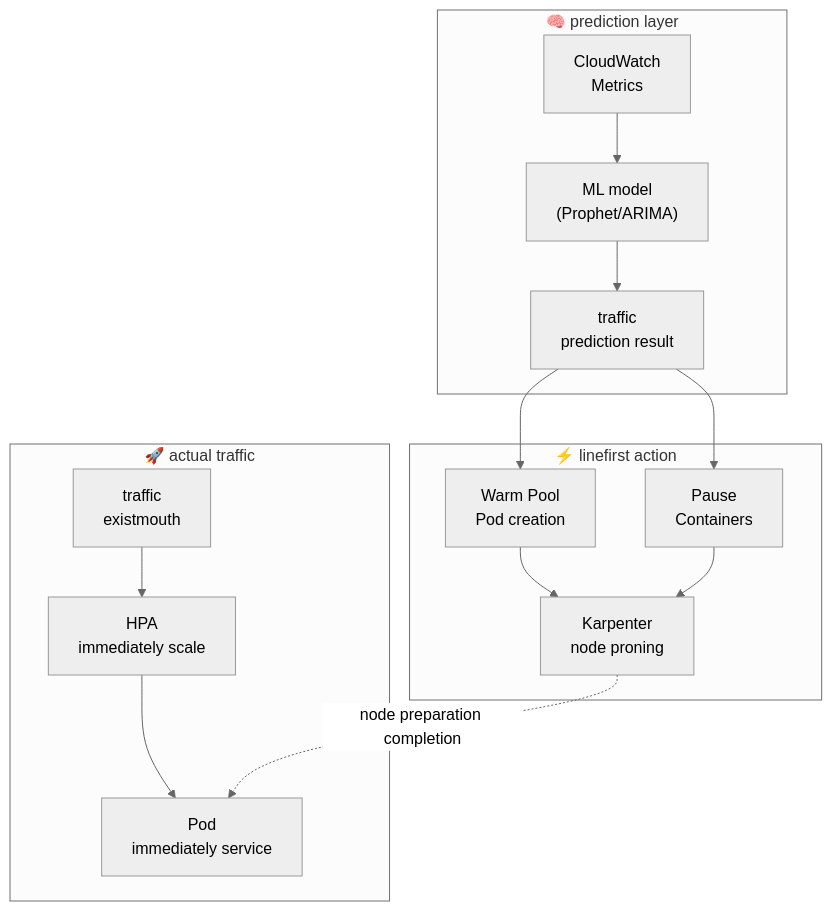
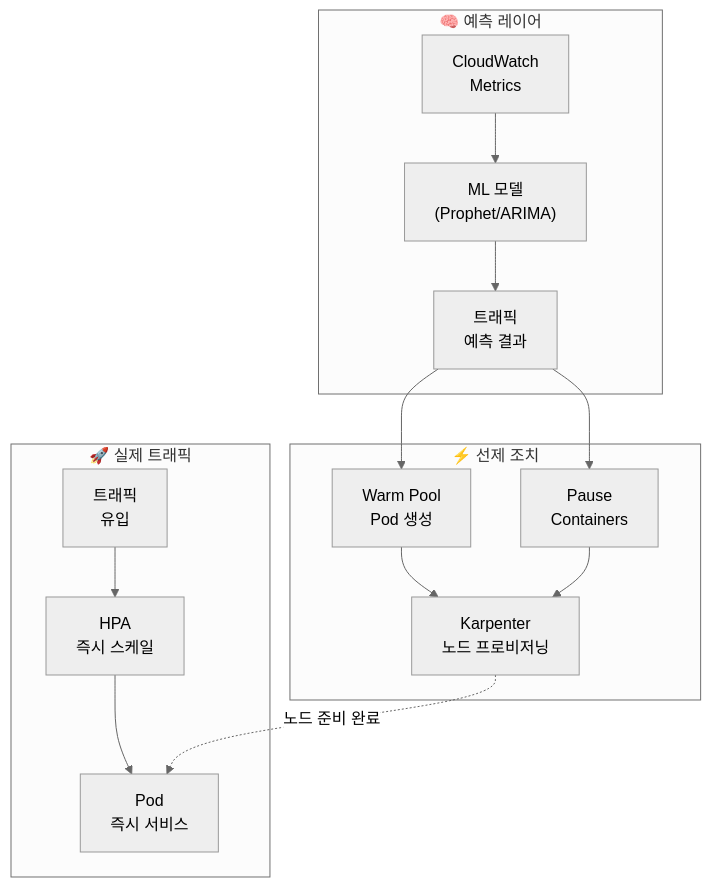
Before and after one commit to devfloor9/engineering-playbook: the second of 13 diagrams in i18n/en/docusaurus-plugin-content-docs/current/aidlc/agentic-ops/aiops-predictive-operations.md, drawn with Mermaid (neutral theme). The commit also changed other lines of this file and 95 other files, not shown here.

````diff
--- a/i18n/en/docusaurus-plugin-content-docs/current/aidlc/agentic-ops/aiops-predictive-operations.md
+++ b/i18n/en/docusaurus-plugin-content-docs/current/aidlc/agentic-ops/aiops-predictive-operations.md
@@ -648,25 +650,26 @@
 ```mermaid
 graph TD
-subgraph Prediction["🧠 prediction layer"]
-CW_M["CloudWatch<br/>Metrics"]
-ML["ML model<br/>(Prophet/ARIMA)"]
-PRED["traffic<br/>prediction result"]
-end
+ subgraph Prediction["🧠 예측 레이어"]
+ CW_M["CloudWatch<br/>Metrics"]
+ ML["ML 모델<br/>(Prophet/ARIMA)"]
+ PRED["트래픽<br/>예측 결과"]
+ end
 
-subgraph Preemptive["⚡ linefirst action"]
-WARM["Warm Pool<br/>Pod creation"]
-PAUSE["Pause<br/>Containers"]
-KARP["Karpenter<br/>node proning"]
-end
+ subgraph Preemptive["⚡ 선제 조치"]
+ WARM["Warm Pool<br/>Pod 생성"]
+ PAUSE["Pause<br/>Containers"]
+ KARP["Karpenter<br/>노드 프로비저닝"]
+ end
 
-subgraph Runtime["🚀 actual traffic"]
-TRAFFIC["traffic<br/>existmouth"]
-HPA2["HPA<br/>immediately scale"]
-READY["Pod<br/>immediately service"]
-end
+ subgraph Runtime["🚀 실제 트래픽"]
+ TRAFFIC["트래픽<br/>유입"]
+ HPA2["HPA<br/>즉시 스케일"]
+ READY["Pod<br/>즉시 서비스"]
+ end
 
-CW_M --> ML --> PRED --> WARM --> KARP
-PRED --> PAUSE --> KARP
-TRAFFIC --> HPA2 --> READY
-KARP -.->|node preparation completion| READY
+ CW_M --> ML --> PRED
+ PRED --> WARM --> KARP
+ PRED --> PAUSE --> KARP
+ TRAFFIC --> HPA2 --> READY
+ KARP -.->|노드 준비 완료| READY
 ```
````
